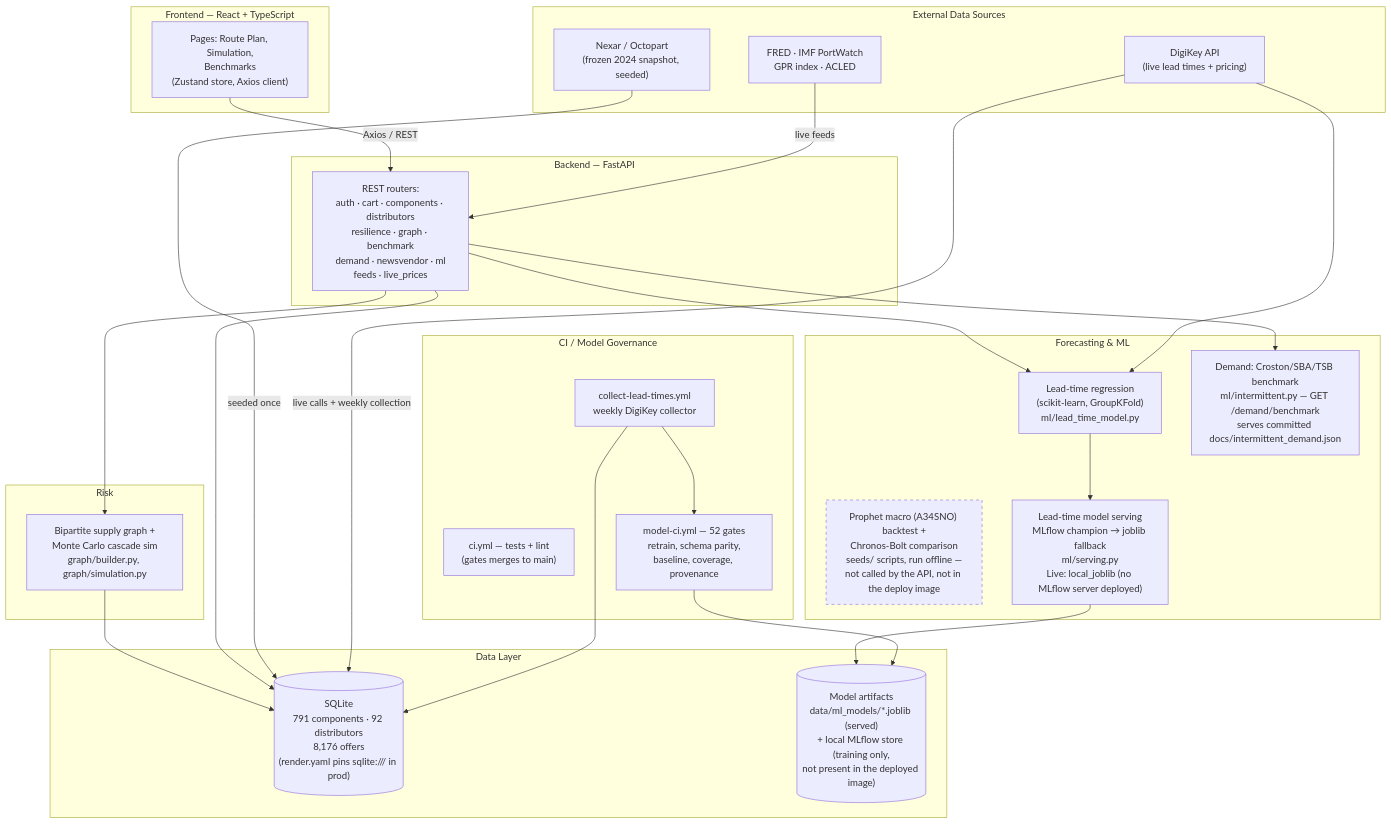
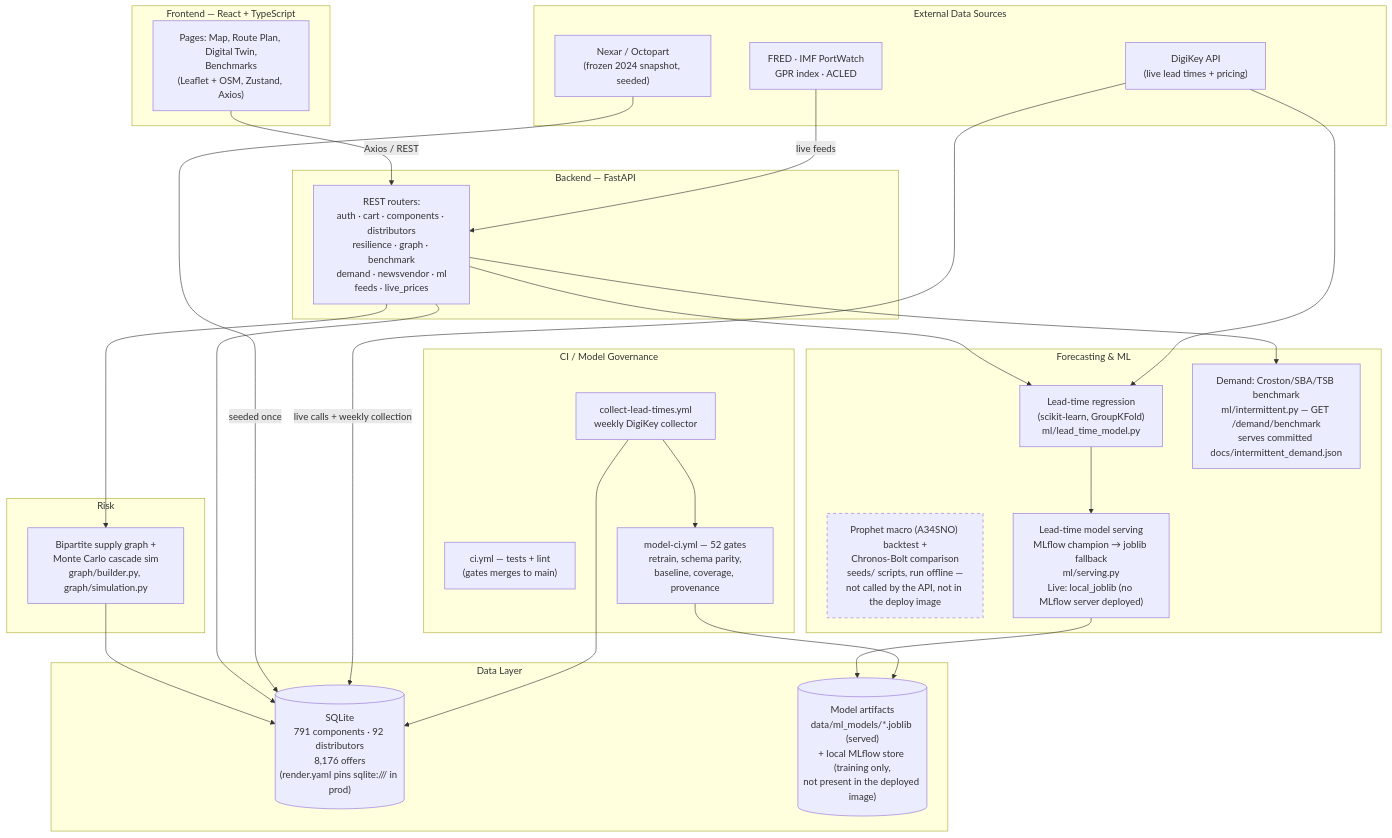
One commit to alessiopagliarulo/supply-chain-optimizer changed the diagram in README.md. Above: the diagram before and after it, drawn with Mermaid. The commit also changed other lines of this file and 27 other files, not shown here.

First line of the commit message:
feat(web): Map page and real-place Route Plan on OpenStreetMap

````diff
--- a/README.md
+++ b/README.md
@@ -264,57 +265,57 @@
 ```mermaid
 flowchart TB
     subgraph FE["Frontend — React + TypeScript"]
-        UI["Pages: Route Plan, Simulation,<br/>Benchmarks<br/>(Zustand store, Axios client)"]
+        UI["Pages: Map, Route Plan, Digital Twin,<br/>Benchmarks<br/>(Leaflet + OSM, Zustand, Axios)"]
     end
 
     subgraph BE["Backend — FastAPI"]
         API["REST routers:<br/>auth · cart · components · distributors<br/>resilience · graph · benchmark<br/>demand · newsvendor · ml<br/>feeds · live_prices"]
     end
 
     subgraph OPT["Risk"]
         GRAPHSIM["Bipartite supply graph +<br/>Monte Carlo cascade sim<br/>graph/builder.py, graph/simulation.py"]
     end
 
     subgraph ML["Forecasting & ML"]
         LEADTIME["Lead-time regression<br/>(scikit-learn, GroupKFold)<br/>ml/lead_time_model.py"]
         DEMAND["Demand: Croston/SBA/TSB benchmark<br/>ml/intermittent.py — GET /demand/benchmark<br/>serves committed docs/intermittent_demand.json"]
         OFFLINE["Prophet macro (A34SNO) backtest +<br/>Chronos-Bolt comparison<br/>seeds/ scripts, run offline —<br/>not called by the API, not in the deploy image"]
         SERVING["Lead-time model serving<br/>MLflow champion → joblib fallback<br/>ml/serving.py<br/>Live: local_joblib (no MLflow server deployed)"]
     end
 
     subgraph DATA["Data Layer"]
         DB[("SQLite<br/>791 components · 92 distributors<br/>8,176 offers<br/>(render.yaml pins sqlite:/// in prod)")]
         ARTIFACTS[("Model artifacts<br/>data/ml_models/*.joblib (served)<br/>+ local MLflow store (training only,<br/>not present in the deployed image)")]
     end
 
     subgraph EXT["External Data Sources"]
         NEXAR["Nexar / Octopart<br/>(frozen 2024 snapshot, seeded)"]
         DIGIKEY["DigiKey API<br/>(live lead times + pricing)"]
         MACRO["FRED · IMF PortWatch<br/>GPR index · ACLED"]
     end
 
     subgraph CICD["CI / Model Governance"]
         CI["ci.yml — tests + lint<br/>(gates merges to main)"]
         MODELCI["model-ci.yml — 52 gates<br/>retrain, schema parity,<br/>baseline, coverage, provenance"]
         COLLECTOR["collect-lead-times.yml<br/>weekly DigiKey collector"]
     end
 
     UI -->|Axios / REST| API
     API --> GRAPHSIM
     API --> LEADTIME
     API --> DEMAND
     GRAPHSIM --> DB
     API --> DB
     LEADTIME --> SERVING
     SERVING --> ARTIFACTS
     NEXAR -->|seeded once| DB
     DIGIKEY -->|live calls + weekly collection| DB
     DIGIKEY --> LEADTIME
     MACRO -->|live feeds| API
     COLLECTOR --> DB
     COLLECTOR --> MODELCI
     MODELCI --> ARTIFACTS
 
     classDef offline stroke-dasharray: 5 5;
     class OFFLINE offline;
 ```
````
